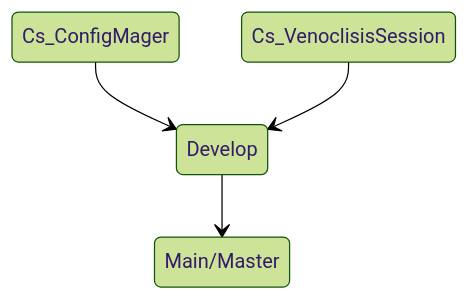
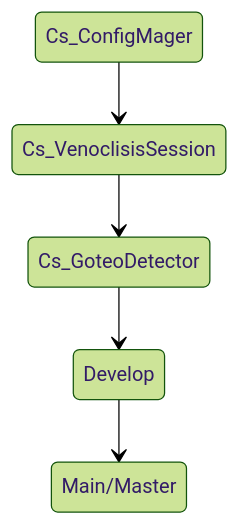
The diagram in README.md (Moctezuma557/DinoStar-REX-V1---Documentation-Repository), drawn with Mermaid (forest theme) before and after one commit.

Commit message:
Update branch flow diagram in README
Added new branches to the flow diagram in README.

````diff
--- a/README.md
+++ b/README.md
@@ -31,7 +31,8 @@
 ```mermaid
 stateDiagram
-    Cs_ConfigMager --> Develop
-    Cs_VenoclisisSession --> Develop
+    Cs_ConfigMager --> Cs_VenoclisisSession
+    Cs_VenoclisisSession --> Cs_GoteoDetector
+    Cs_GoteoDetector --> Develop
 
     Develop --> Main/Master
 ```
````
